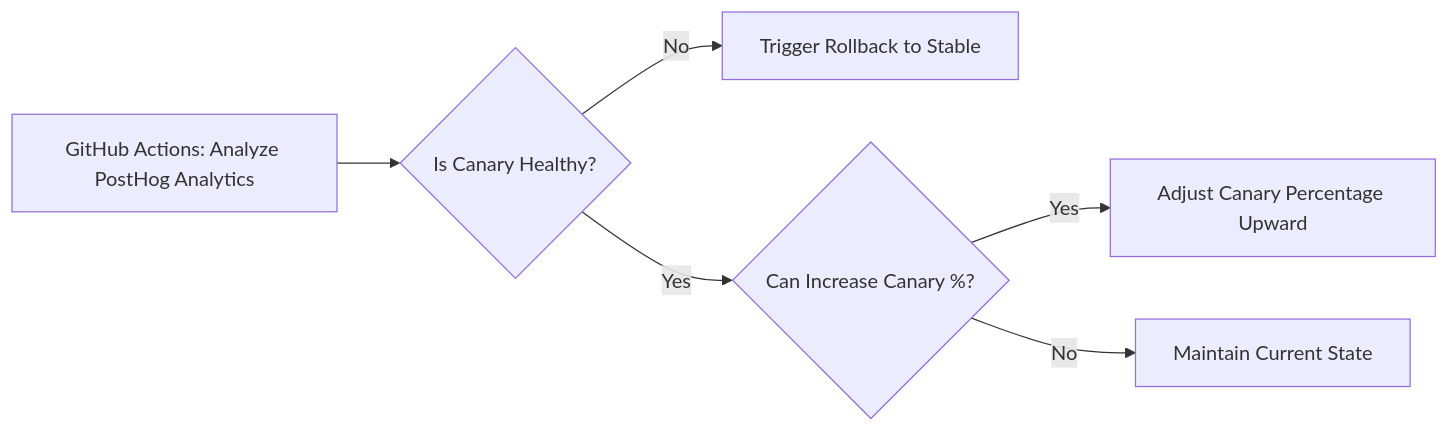
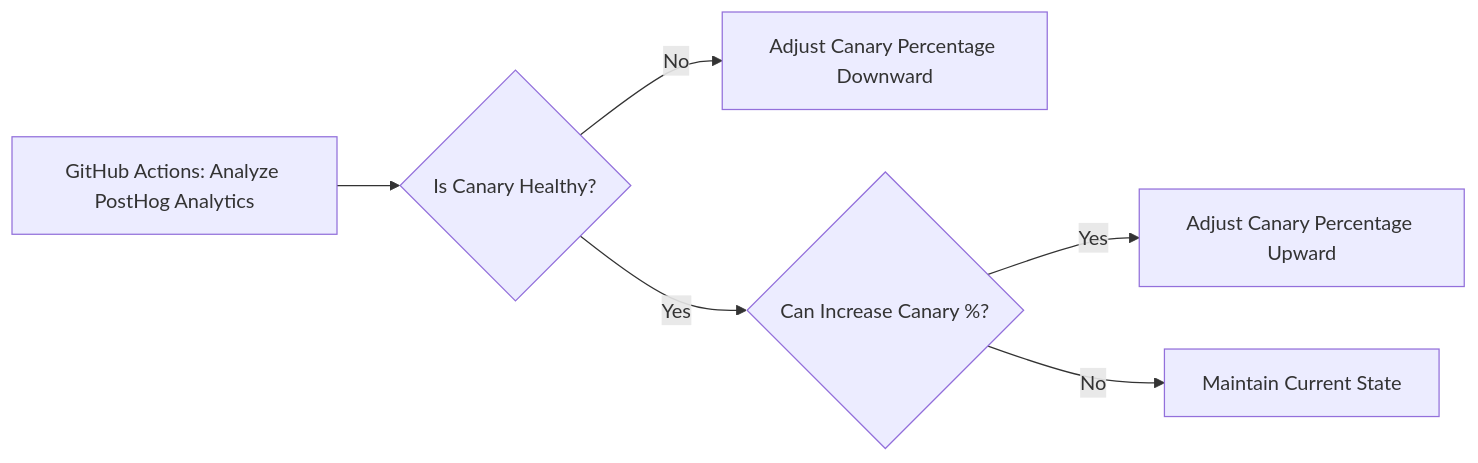
The second of 3 diagrams in README.md (lloydchang/client-side-canary-deployment), drawn with Mermaid before and after one commit.

````diff
--- a/README.md
+++ b/README.md
@@ -32,9 +32,9 @@
 ```mermaid
 graph LR
     L[GitHub Actions: Analyze PostHog Analytics]
     L --> M{Is Canary Healthy?}
-    M -->|No| N[Trigger Rollback to Stable]
+    M -->|No| N[Adjust Canary Percentage Downward]
     M -->|Yes| O{Can Increase Canary %?}
     O -->|Yes| P[Adjust Canary Percentage Upward]
     O -->|No| Q[Maintain Current State]
 ```
````
